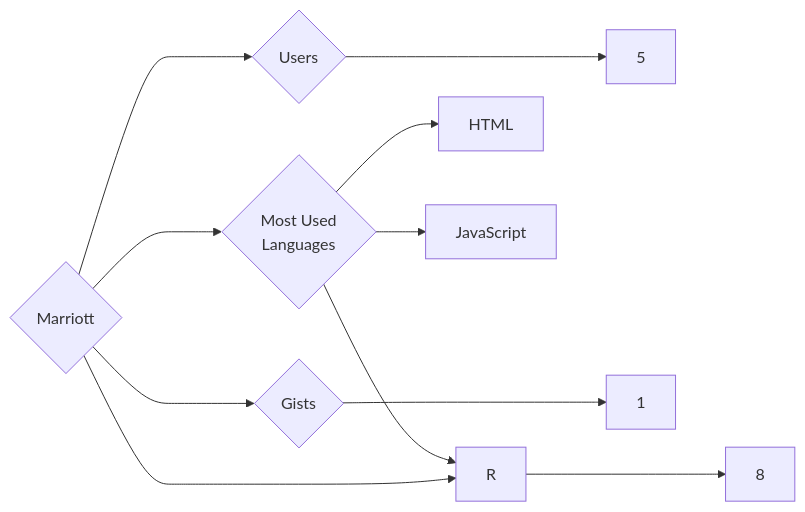
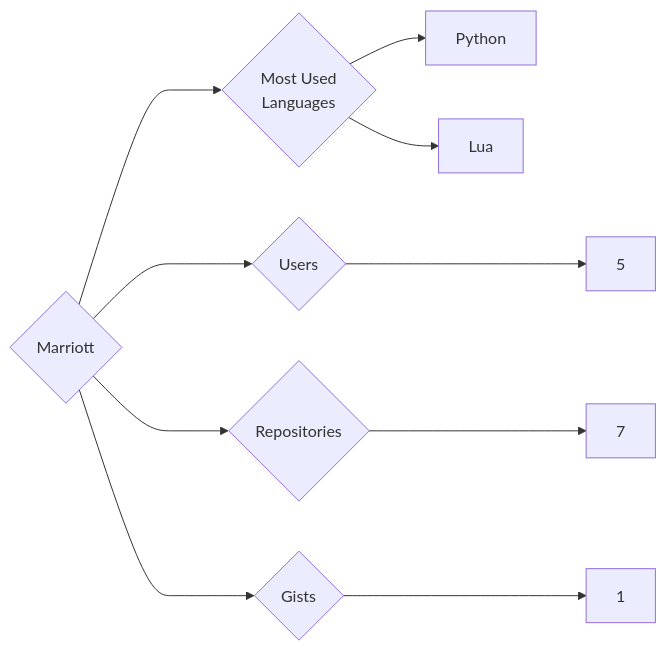
Before and after one commit to trickest/insiders: the diagram in targets/Marriott/README.md, drawn with Mermaid. The commit also changed 1484 other files, not shown here.

````diff
--- a/targets/Marriott/README.md
+++ b/targets/Marriott/README.md
@@ -3,11 +3,10 @@
 ```mermaid
 graph LR
 COMPANY_NAME{Marriott}
 COMPANY_NAME ---> U{Users} ---> UN[5]
-COMPANY_NAME ---> R{Repositories} ---> RN[8]
+COMPANY_NAME ---> R{Repositories} ---> RN[7]
 COMPANY_NAME ---> G{Gists} ---> GN[1]
 COMPANY_NAME ---> ML{Most Used<br>Languages}
-ML --> HTML[HTML]
-ML --> R[R]
-ML --> JavaScript[JavaScript]
+ML --> Python[Python]
+ML --> Lua[Lua]
 ```
````
